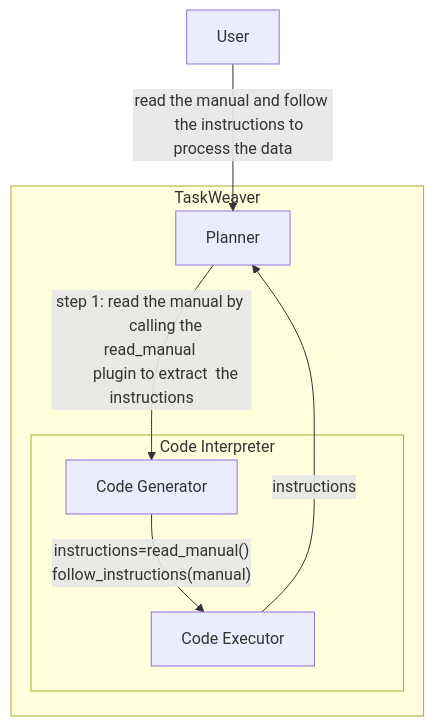
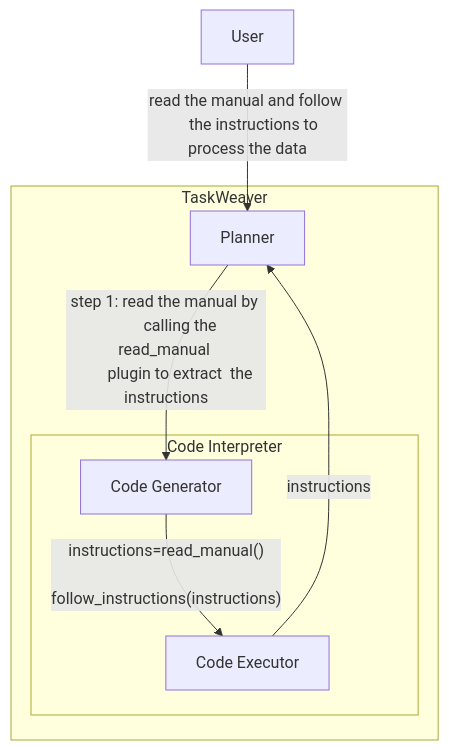
Before and after one commit to microsoft/TaskWeaver: the second of 3 diagrams in website/blog/role.md, drawn with Mermaid.

````diff
--- a/website/blog/role.md
+++ b/website/blog/role.md
@@ -40,15 +40,15 @@
 ```mermaid
 flowchart TD
     A[User] --"read the manual and follow 
     the instructions to process the data"--> B[Planner]
     subgraph TaskWeaver 
         B --"step 1: read the manual by 
         calling the read_manual 
         plugin to extract  the instructions"--> C[Code Generator]
         subgraph Code Interpreter
             C --"instructions=read_manual()
-            follow_instructions(manual)"--> D[Code Executor]
+            follow_instructions(instructions)"--> D[Code Executor]
         end
     end
     D --instructions--> B
 ```
````
